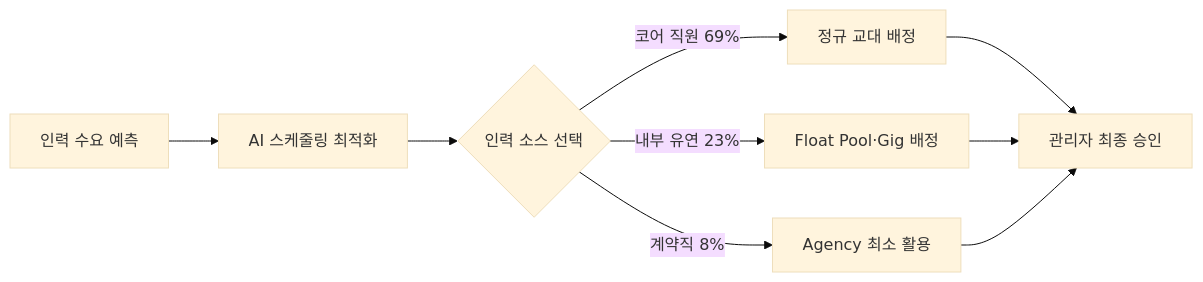
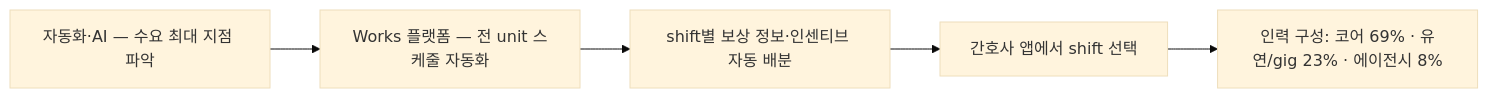
The diagram in wiki/usecases/mercy-health-ai-nursing-workforce.md (jameskim1st/hr-ai-benchmark), drawn with Mermaid (base theme) before and after one commit. The commit also changed other lines of this file and 222 other files, not shown here.

````diff
--- a/wiki/usecases/mercy-health-ai-nursing-workforce.md
+++ b/wiki/usecases/mercy-health-ai-nursing-workforce.md
@@ -65,9 +68,7 @@
 ```mermaid
 flowchart LR
-    A[인력 수요 예측] --> B[AI 스케줄링 최적화]
-    B --> C{인력 소스 선택}
-    C -->|코어 직원 69%| D[정규 교대 배정]
-    C -->|내부 유연 23%| E[Float Pool·Gig 배정]
-    C -->|계약직 8%| F[Agency 최소 활용]
-    D & E & F --> G[관리자 최종 승인]
+    A[자동화·AI — 수요 최대 지점 파악] --> B[Works 플랫폼 — 전 unit 스케줄 자동화]
+    B --> C[shift별 보상 정보·인센티브 자동 배분]
+    C --> D[간호사 앱에서 shift 선택]
+    D --> E[인력 구성: 코어 69% · 유연/gig 23% · 에이전시 8%]
 ```
````
